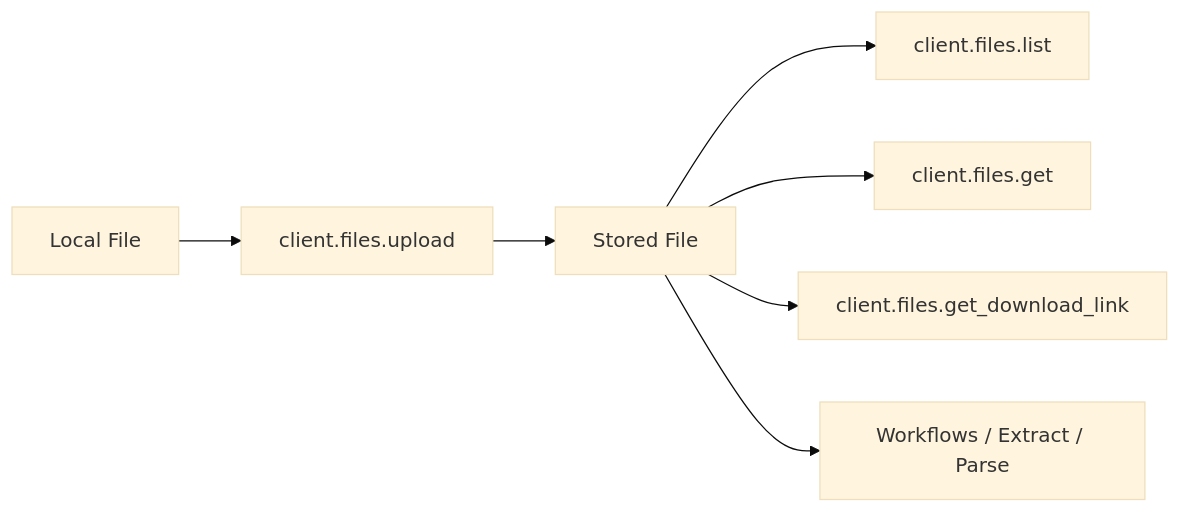
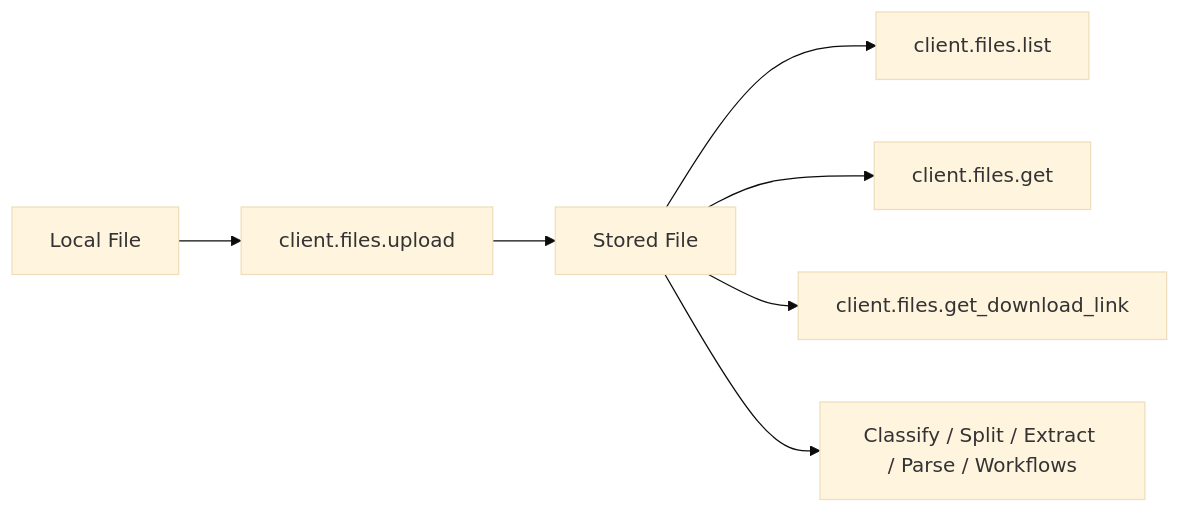
The diagram in core-concepts/Files.mdx (retab-dev/docs), drawn with Mermaid (base theme) before and after one commit. The commit also changed other lines of this file and 2 other files, not shown here.

````diff
--- a/core-concepts/Files.mdx
+++ b/core-concepts/Files.mdx
@@ -9,9 +9,9 @@
 ```mermaid
 flowchart LR
     A[Local File] --> B[client.files.upload]
     B --> C[Stored File]
     C --> D[client.files.list]
     C --> E[client.files.get]
     C --> F[client.files.get_download_link]
-    C --> G[Workflows / Extract / Parse]
+    C --> G[Classify / Split / Extract / Parse / Workflows]
 ```
````
